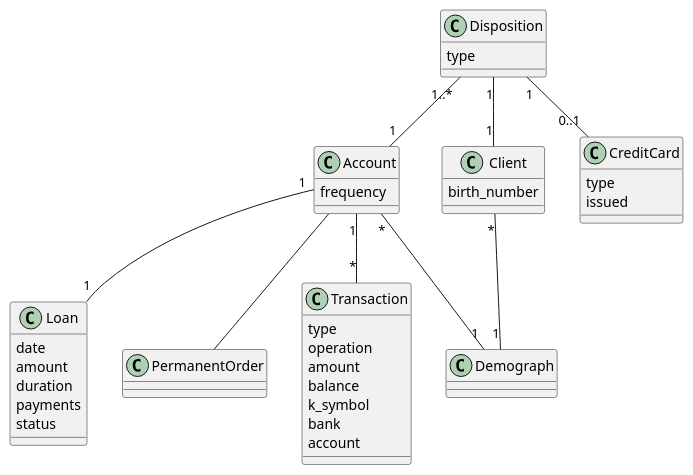
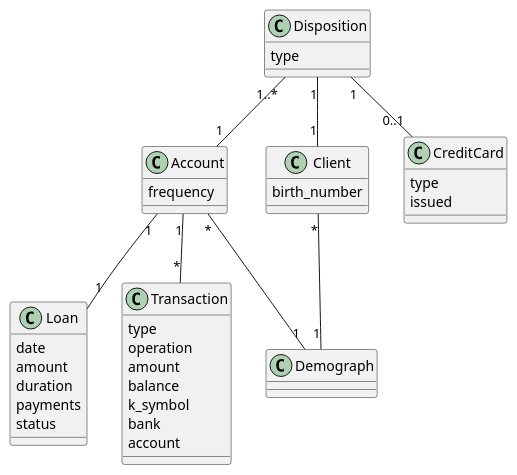
One commit to Educorreia932/FEUP-AC changed the diagram in Data Mining Project/schema.puml. Above: the diagram before and after it, drawn with PlantUML. The commit also changed 3 other files, not shown here.

```diff
--- a/Data Mining Project/schema.puml
+++ b/Data Mining Project/schema.puml
@@ -1,54 +1,50 @@
 @startuml schema
 
 class Account {
     frequency
 }
 
 class Client {
     birth_number
 }   
 
 class CreditCard {
     type
     issued
 }
 
 class Disposition {
     type
 }
 
 class Loan {
     date
     amount
     duration
     payments
     status
 }
 
-class PermanentOrder  {
-}
-
 class Transaction {
     type
     operation
     amount
     balance
     k_symbol
     bank
     account
 }
 
-Account -- PermanentOrder
 Account "*" -- "1" Demograph
 Account "1" -- "*" Transaction
 Account "1" -- "1" Loan
 
 Disposition "1..*" -- "1" Account
 Disposition "1" -- "0..1" CreditCard
 'Justification: 1- A disposition is the connection between a client and account, so it makes sense. There are as many total dispositions as clients, both in 
 Disposition "1" -- "1" Client
 
 'A client has a demograph id (district_id) inside each entry. Additionally, we looked at our training data and no client has multiple dispositions associated.
 Client "*" -- "1" Demograph 
 
 @enduml
```
